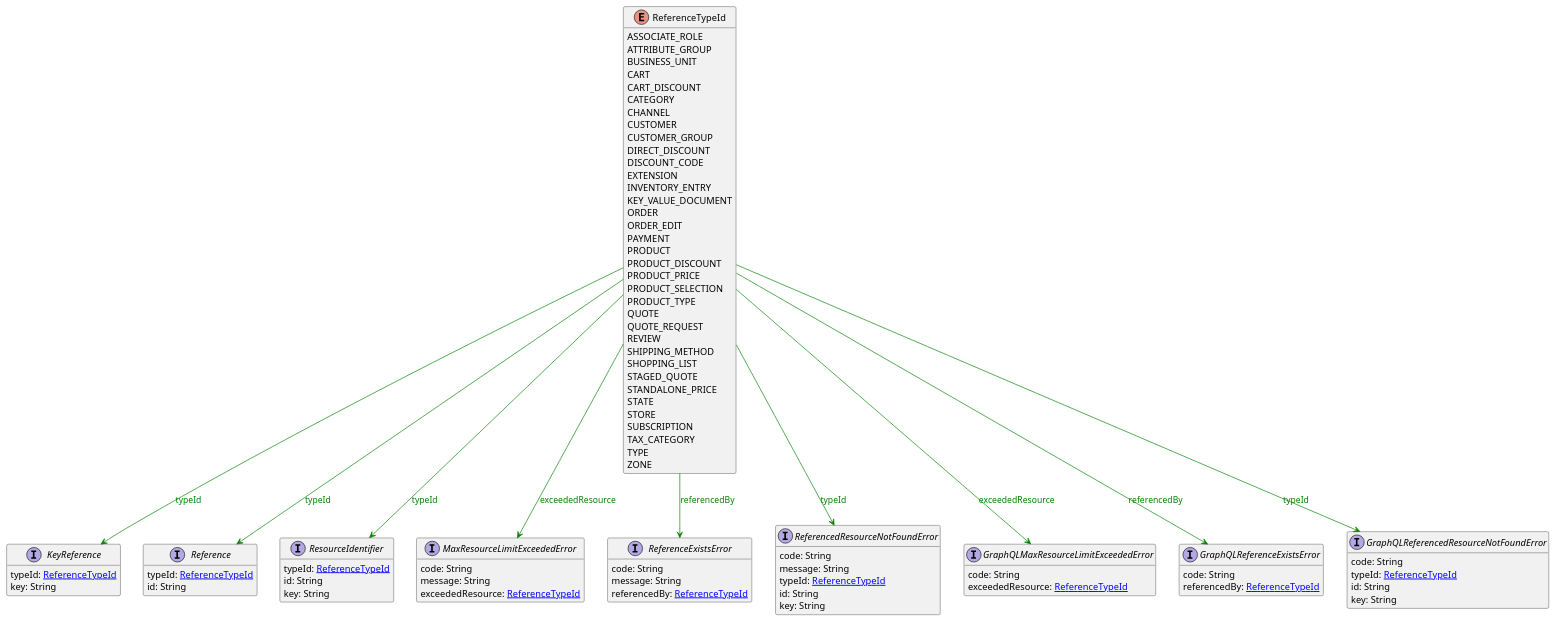
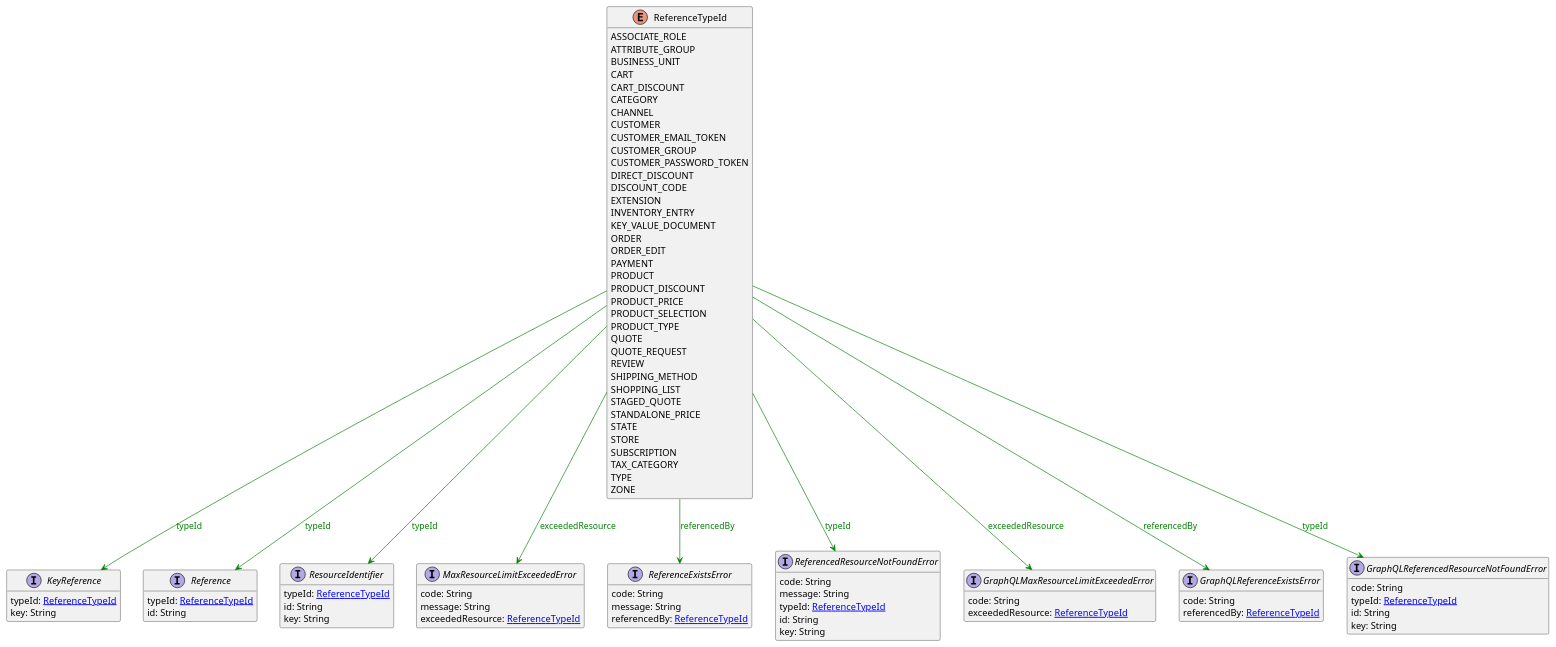
The diagram in uml/api/ReferenceTypeId.puml (commercetools/commercetools-api-reference), drawn with PlantUML before and after one commit. The commit also changed 12 other files, not shown here.

```diff
--- a/uml/api/ReferenceTypeId.puml
+++ b/uml/api/ReferenceTypeId.puml
@@ -1,94 +1,96 @@
 @startuml
 
 hide methods
 enum ReferenceTypeId {
     ASSOCIATE_ROLE
     ATTRIBUTE_GROUP
     BUSINESS_UNIT
     CART
     CART_DISCOUNT
     CATEGORY
     CHANNEL
     CUSTOMER
+    CUSTOMER_EMAIL_TOKEN
     CUSTOMER_GROUP
+    CUSTOMER_PASSWORD_TOKEN
     DIRECT_DISCOUNT
     DISCOUNT_CODE
     EXTENSION
     INVENTORY_ENTRY
     KEY_VALUE_DOCUMENT
     ORDER
     ORDER_EDIT
     PAYMENT
     PRODUCT
     PRODUCT_DISCOUNT
     PRODUCT_PRICE
     PRODUCT_SELECTION
     PRODUCT_TYPE
     QUOTE
     QUOTE_REQUEST
     REVIEW
     SHIPPING_METHOD
     SHOPPING_LIST
     STAGED_QUOTE
     STANDALONE_PRICE
     STATE
     STORE
     SUBSCRIPTION
     TAX_CATEGORY
     TYPE
     ZONE
 }
 interface KeyReference [[KeyReference.svg]]  {
     typeId: [[ReferenceTypeId.svg ReferenceTypeId]]
     key: String
 }
 interface Reference [[Reference.svg]]  {
     typeId: [[ReferenceTypeId.svg ReferenceTypeId]]
     id: String
 }
 interface ResourceIdentifier [[ResourceIdentifier.svg]]  {
     typeId: [[ReferenceTypeId.svg ReferenceTypeId]]
     id: String
     key: String
 }
 interface MaxResourceLimitExceededError [[MaxResourceLimitExceededError.svg]]  {
     code: String
     message: String
     exceededResource: [[ReferenceTypeId.svg ReferenceTypeId]]
 }
 interface ReferenceExistsError [[ReferenceExistsError.svg]]  {
     code: String
     message: String
     referencedBy: [[ReferenceTypeId.svg ReferenceTypeId]]
 }
 interface ReferencedResourceNotFoundError [[ReferencedResourceNotFoundError.svg]]  {
     code: String
     message: String
     typeId: [[ReferenceTypeId.svg ReferenceTypeId]]
     id: String
     key: String
 }
 interface GraphQLMaxResourceLimitExceededError [[GraphQLMaxResourceLimitExceededError.svg]]  {
     code: String
     exceededResource: [[ReferenceTypeId.svg ReferenceTypeId]]
 }
 interface GraphQLReferenceExistsError [[GraphQLReferenceExistsError.svg]]  {
     code: String
     referencedBy: [[ReferenceTypeId.svg ReferenceTypeId]]
 }
 interface GraphQLReferencedResourceNotFoundError [[GraphQLReferencedResourceNotFoundError.svg]]  {
     code: String
     typeId: [[ReferenceTypeId.svg ReferenceTypeId]]
     id: String
     key: String
 }
 ReferenceTypeId --> KeyReference #green;text:green : "typeId"
 ReferenceTypeId --> Reference #green;text:green : "typeId"
 ReferenceTypeId --> ResourceIdentifier #green;text:green : "typeId"
 ReferenceTypeId --> MaxResourceLimitExceededError #green;text:green : "exceededResource"
 ReferenceTypeId --> ReferenceExistsError #green;text:green : "referencedBy"
 ReferenceTypeId --> ReferencedResourceNotFoundError #green;text:green : "typeId"
 ReferenceTypeId --> GraphQLMaxResourceLimitExceededError #green;text:green : "exceededResource"
 ReferenceTypeId --> GraphQLReferenceExistsError #green;text:green : "referencedBy"
 ReferenceTypeId --> GraphQLReferencedResourceNotFoundError #green;text:green : "typeId"
 @enduml
```
